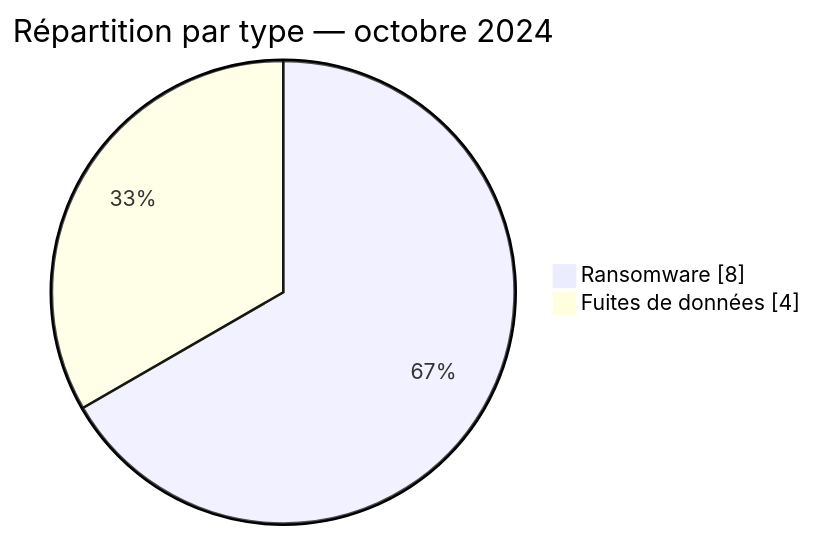
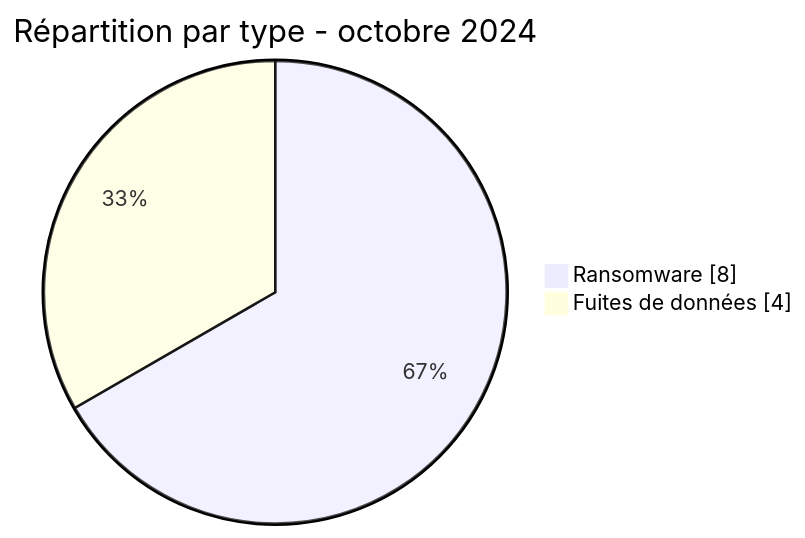
The second of 2 diagrams in CyberAttackAfrica/2024/10-october/README_FR.md (Hatchepsoute/AFRINTEL), drawn with Mermaid before and after one commit. The commit also changed other lines of this file and 182 other files, not shown here.

````diff
--- a/CyberAttackAfrica/2024/10-october/README_FR.md
+++ b/CyberAttackAfrica/2024/10-october/README_FR.md
@@ -55,6 +55,6 @@
 ```mermaid
 pie showData
-    title Répartition par type — octobre 2024
+    title Répartition par type - octobre 2024
     "Ransomware" : 8
     "Fuites de données" : 4
 ```
````
